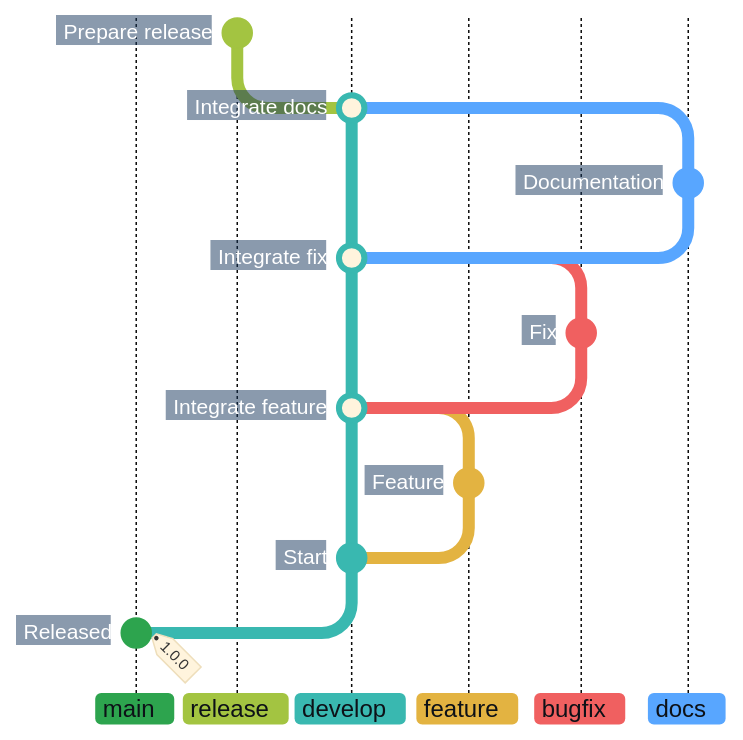
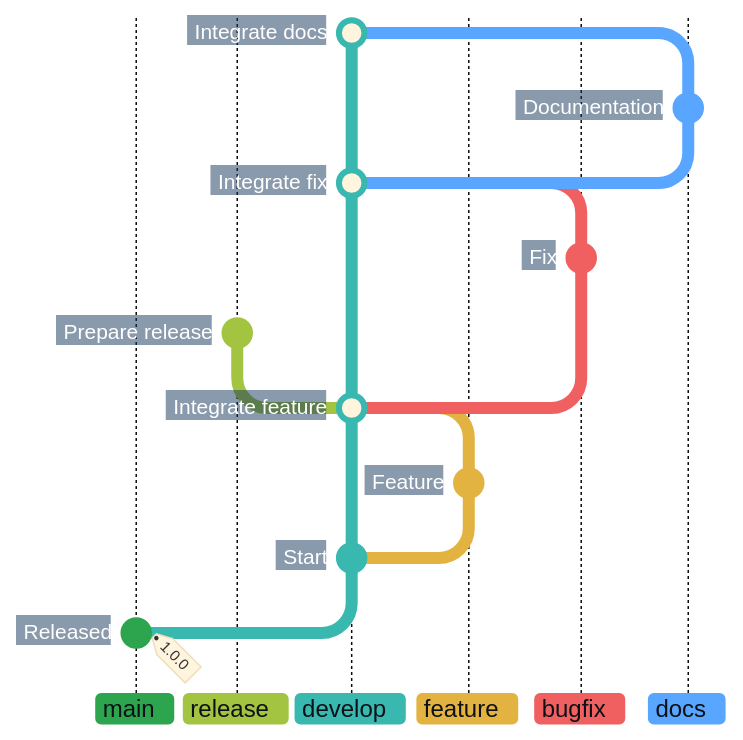
Before and after one commit to superhero/operations.superduper.solutions: the first of 3 diagrams in docs/adr/cicd.md, drawn with Mermaid. The commit also changed other lines of this file, not shown here.

Commit message:
docs: branch the release after feature integration

````diff
--- a/docs/adr/cicd.md
+++ b/docs/adr/cicd.md
@@ -46,29 +46,30 @@
 ```mermaid
 %%{init: {"theme": "base", "themeCSS": ".commit-label { font-weight: 700; transform: translateX(-8px); } .commit-label-bkg { opacity: 1; stroke: #17365D; stroke-width: 20px; transform: translateX(-5px); clip-path: polygon(-4px -4px, calc(100% + 4px) -4px, calc(100% + 10px) 50%, calc(100% + 4px) calc(100% + 4px), -4px calc(100% + 4px)) fill-box; }", "gitGraph": {"showCommitLabel": true, "rotateCommitLabel": false}, "themeVariables": {
     "commitLabelFontSize": "14px", "commitLabelColor": "#FFFFFF", "commitLabelBackground": "#17365D",
     "git0": "#2DA44E", "gitBranchLabel0": "#0D1117",
     "git1": "#A3C441", "gitBranchLabel1": "#0D1117",
     "git2": "#39B8B0", "gitBranchLabel2": "#0D1117",
     "git3": "#E3B341", "gitBranchLabel3": "#0D1117",
     "git4": "#F06060", "gitBranchLabel4": "#0D1117",
     "git5": "#58A6FF", "gitBranchLabel5": "#0D1117"
 }}}%%
 gitGraph BT:
     commit id: "Released" tag: "1.0.0"
     branch develop order: 2
     commit id: "Start"
     branch "feature" order: 3
     commit id: "Feature"
     checkout develop
     merge "feature" id: "Integrate feature"
+    branch "release" order: 1
+    commit id: "Prepare release"
+    checkout develop
     branch "bugfix" order: 4
     commit id: "Fix"
     checkout develop
     merge "bugfix" id: "Integrate fix"
     branch "docs" order: 5
     commit id: "Documentation"
     checkout develop
     merge "docs" id: "Integrate docs"
-    branch "release" order: 1
-    commit id: "Prepare release"
 ```
````
